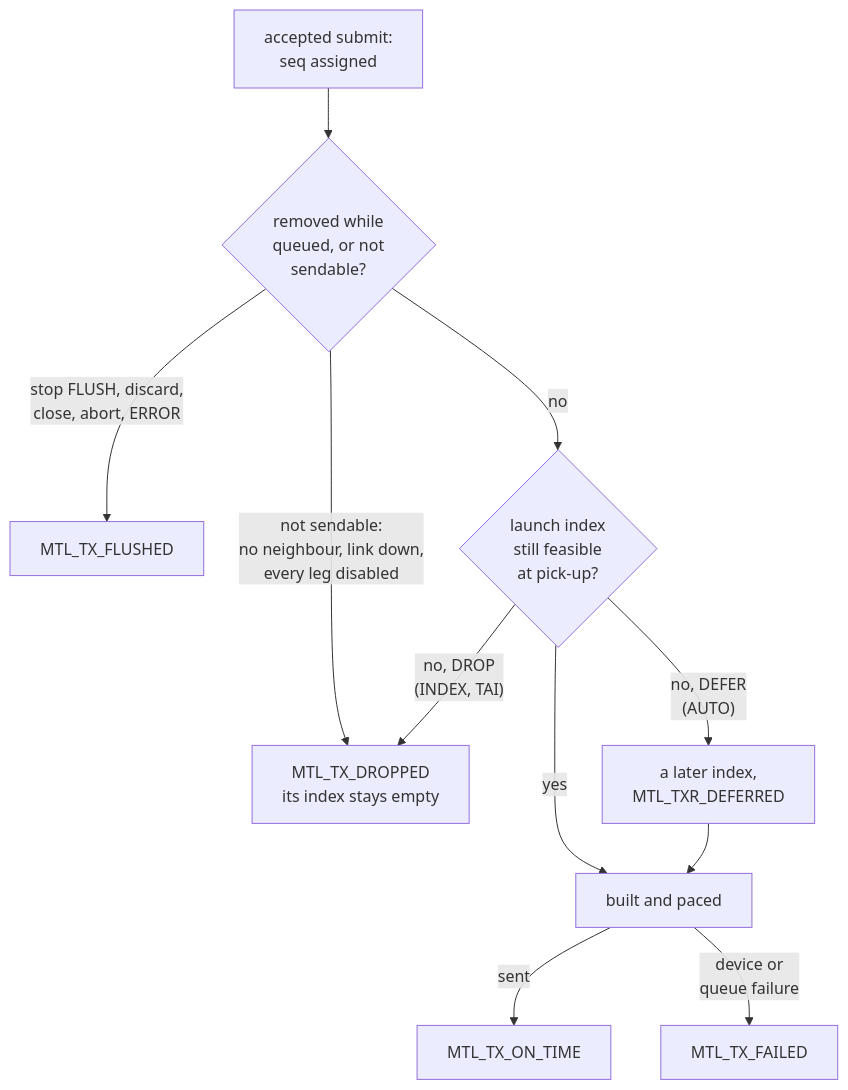
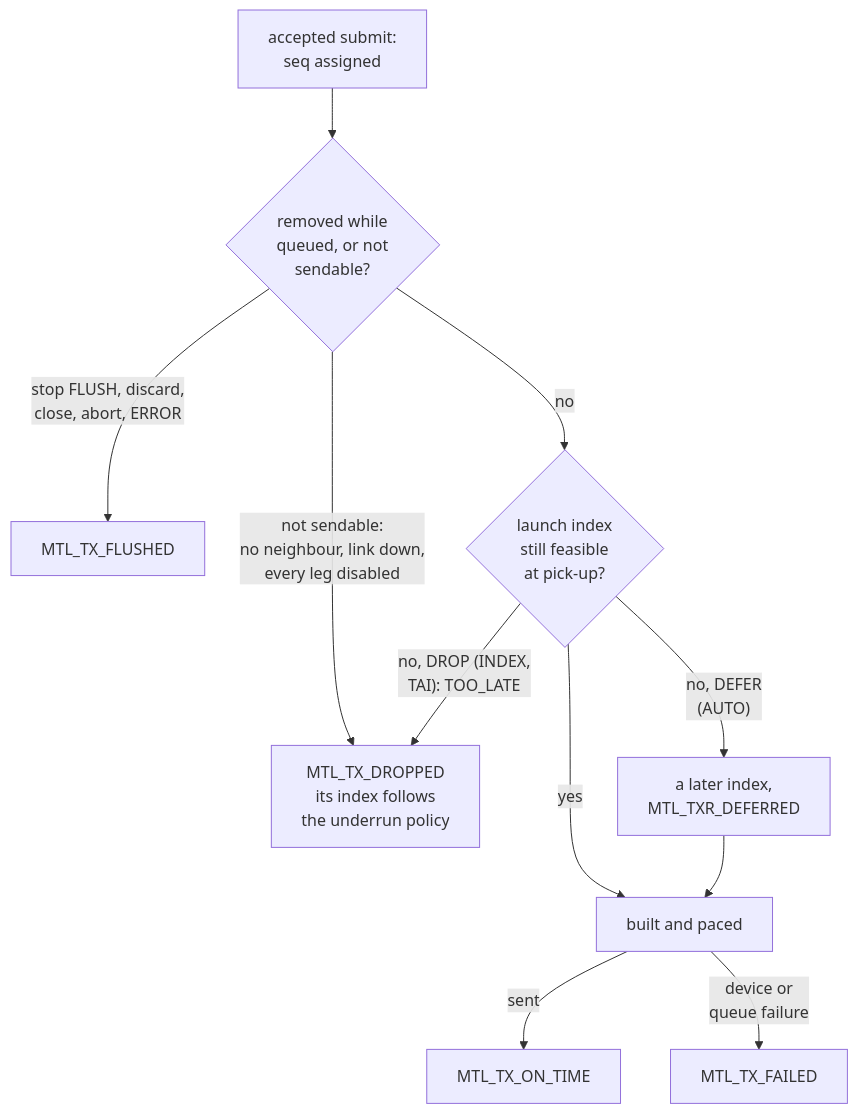
One commit to OpenVisualCloud/Media-Transport-Library changed the seventh of 15 diagrams in doc/unified-api/contract.md. Above: the diagram before and after it, drawn with Mermaid. The commit also changed other lines of this file and 58 other files, not shown here.

````diff
--- a/doc/unified-api/contract.md
+++ b/doc/unified-api/contract.md
@@ -1526,13 +1674,13 @@
 ```mermaid
 flowchart TB
     S["accepted submit:<br/>seq assigned"] --> X{"removed while<br/>queued, or not<br/>sendable?"}
     X -->|"stop FLUSH, discard,<br/>close, abort, ERROR"| FL["MTL_TX_FLUSHED"]
-    X -->|"not sendable:<br/>no neighbour, link down,<br/>every leg disabled"| DR["MTL_TX_DROPPED<br/>its index stays empty"]
+    X -->|"not sendable:<br/>no neighbour, link down,<br/>every leg disabled"| DR["MTL_TX_DROPPED<br/>its index follows<br/>the underrun policy"]
     X -->|"no"| D{"launch index<br/>still feasible<br/>at pick-up?"}
-    D -->|"no, DROP<br/>(INDEX, TAI)"| DR
+    D -->|"no, DROP (INDEX,<br/>TAI): TOO_LATE"| DR
     D -->|"no, DEFER<br/>(AUTO)"| RS["a later index,<br/>MTL_TXR_DEFERRED"]
     D -->|"yes"| B["built and paced"]
     RS --> B
     B -->|"sent"| OT["MTL_TX_ON_TIME"]
     B -->|"device or<br/>queue failure"| FA["MTL_TX_FAILED"]
 ```
````
